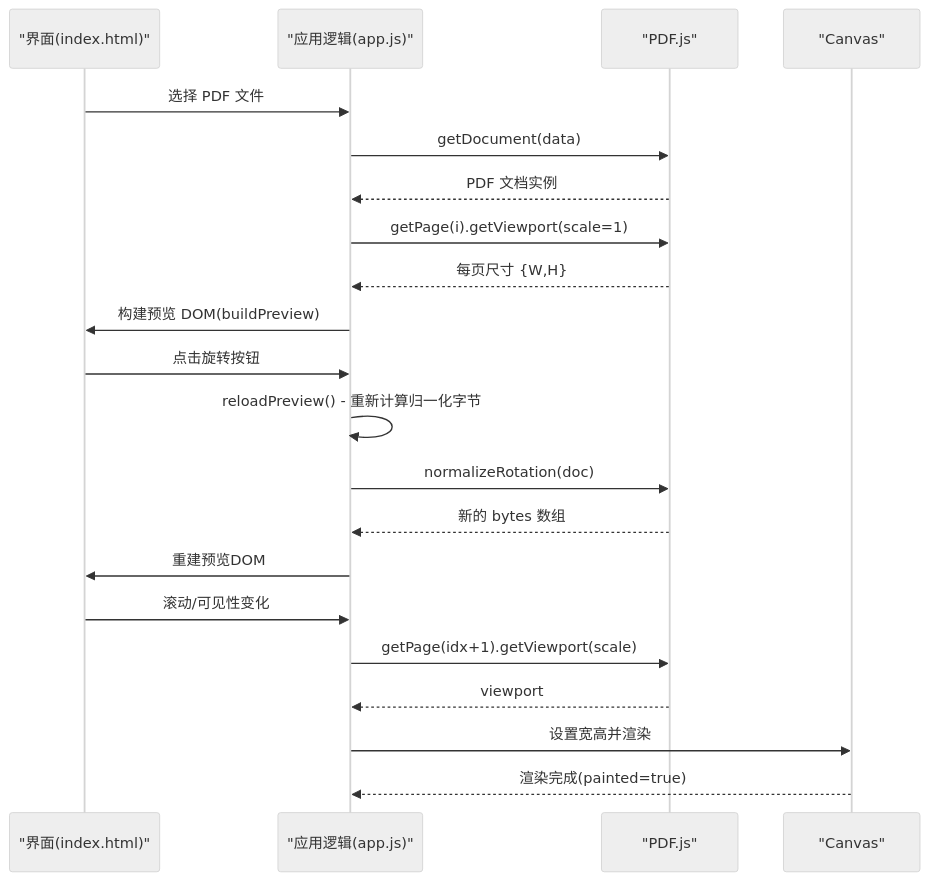
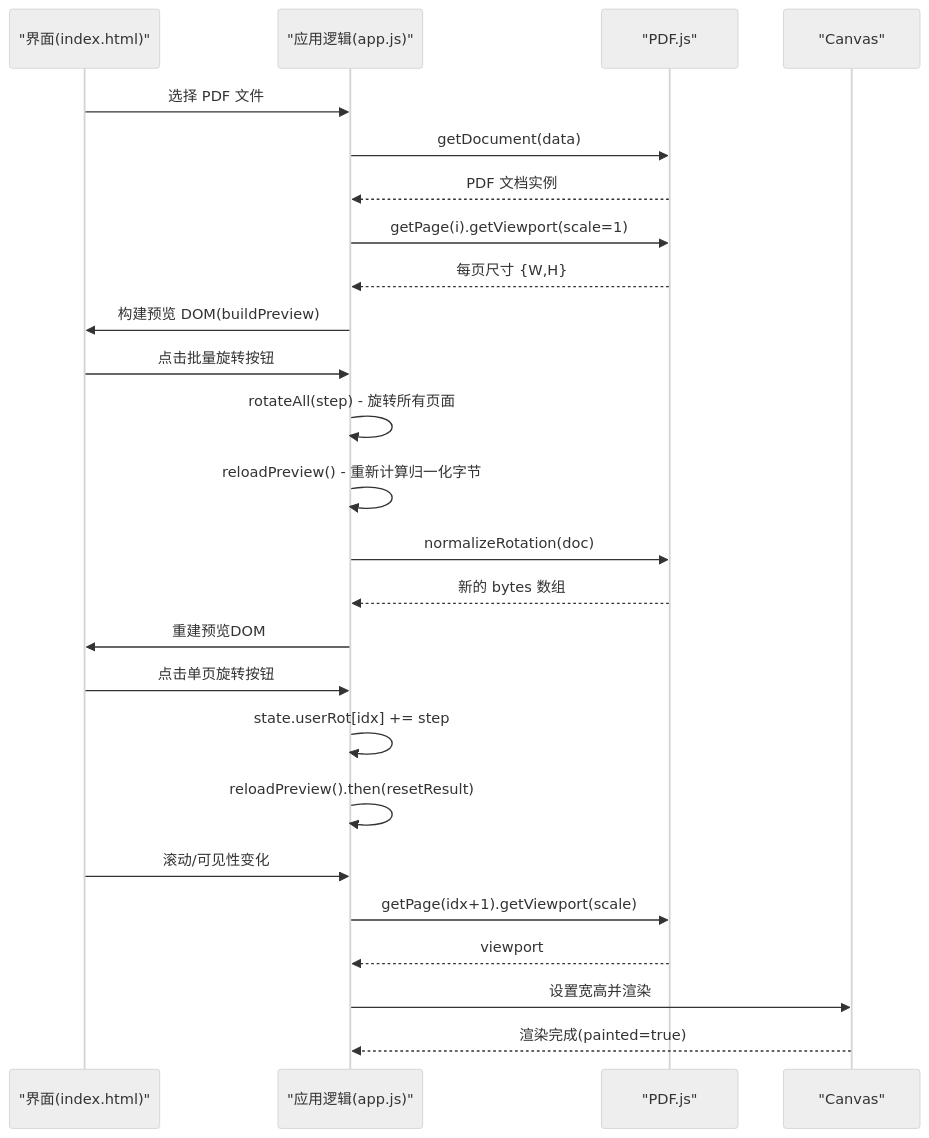
Before and after one commit to wzh8080/PDFTools: the second of 10 diagrams in .qoder/repowiki/zh/content/Web应用架构/PDF处理引擎/预览渲染系统.md, drawn with Mermaid (neutral theme). The commit also changed other lines of this file and 28 other files, not shown here.

````diff
--- a/.qoder/repowiki/zh/content/Web应用架构/PDF处理引擎/预览渲染系统.md
+++ b/.qoder/repowiki/zh/content/Web应用架构/PDF处理引擎/预览渲染系统.md
@@ -81,23 +84,27 @@
 ```mermaid
 sequenceDiagram
 participant UI as "界面(index.html)"
 participant App as "应用逻辑(app.js)"
 participant PDFJS as "PDF.js"
 participant Canvas as "Canvas"
 UI->>App : 选择 PDF 文件
 App->>PDFJS : getDocument(data)
 PDFJS-->>App : PDF 文档实例
 App->>PDFJS : getPage(i).getViewport(scale=1)
 PDFJS-->>App : 每页尺寸 {W,H}
 App->>UI : 构建预览 DOM(buildPreview)
-UI->>App : 点击旋转按钮
+UI->>App : 点击批量旋转按钮
+App->>App : rotateAll(step) - 旋转所有页面
 App->>App : reloadPreview() - 重新计算归一化字节
 App->>PDFJS : normalizeRotation(doc)
 PDFJS-->>App : 新的 bytes 数组
 App->>UI : 重建预览DOM
+UI->>App : 点击单页旋转按钮
+App->>App : state.userRot[idx] += step
+App->>App : reloadPreview().then(resetResult)
 UI->>App : 滚动/可见性变化
 App->>PDFJS : getPage(idx+1).getViewport(scale)
 PDFJS-->>App : viewport
 App->>Canvas : 设置宽高并渲染
 Canvas-->>App : 渲染完成(painted=true)
 ```
````
